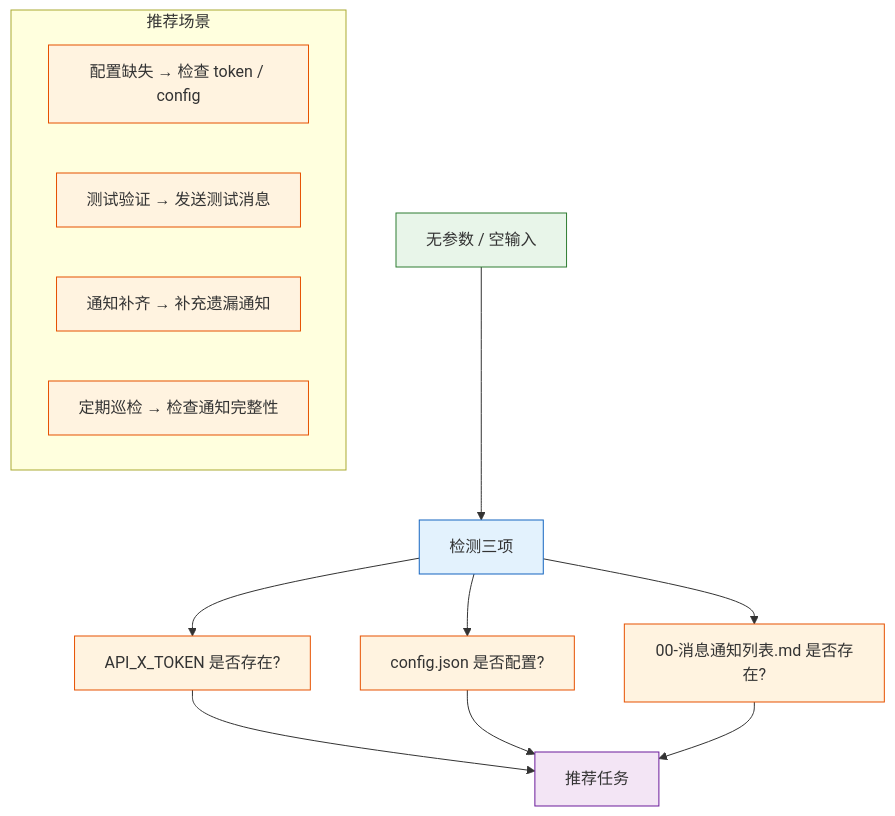
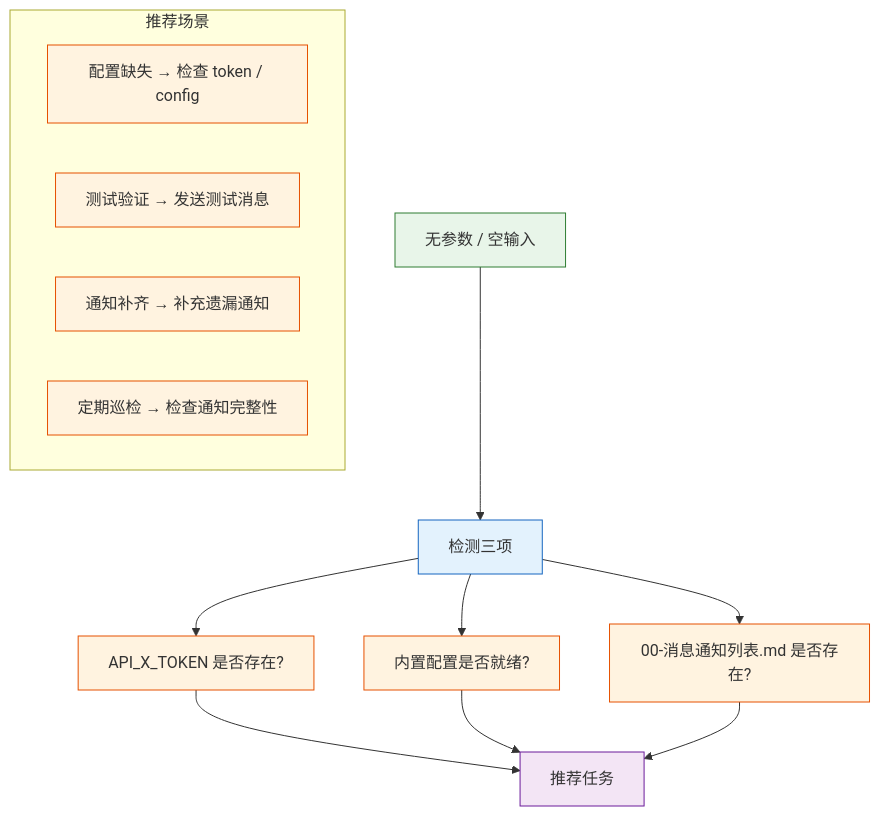
One commit to effiy/YrY changed the tenth of 11 diagrams in skills/wework-bot/SKILL.md. Above: the diagram before and after it, drawn with Mermaid. The commit also changed other lines of this file and 2 other files, not shown here.

````diff
--- a/skills/wework-bot/SKILL.md
+++ b/skills/wework-bot/SKILL.md
@@ -363,22 +348,22 @@
 ```mermaid
 flowchart TD
     EMPTY["无参数 / 空输入"]:::src --> CHECK["检测三项"]:::op
     CHECK --> T1["API_X_TOKEN 是否存在?"]:::check
-    CHECK --> T2["config.json 是否配置?"]:::check
+    CHECK --> T2["内置配置是否就绪?"]:::check
     CHECK --> T3["00-消息通知列表.md 是否存在?"]:::check
 
     T1 & T2 & T3 --> RECOMMEND["推荐任务"]:::out
 
     subgraph 推荐["推荐场景"]
         R1["配置缺失 → 检查 token / config"]:::rec
         R2["测试验证 → 发送测试消息"]:::rec
         R3["通知补齐 → 补充遗漏通知"]:::rec
         R4["定期巡检 → 检查通知完整性"]:::rec
     end
 
     classDef src fill:#e8f5e9,stroke:#2e7d32;
     classDef op fill:#e3f2fd,stroke:#1565c0;
     classDef check fill:#fff3e0,stroke:#e65100;
     classDef out fill:#f3e5f5,stroke:#6a1b9a;
     classDef rec fill:#fff3e0,stroke:#e65100;
 ```
````
